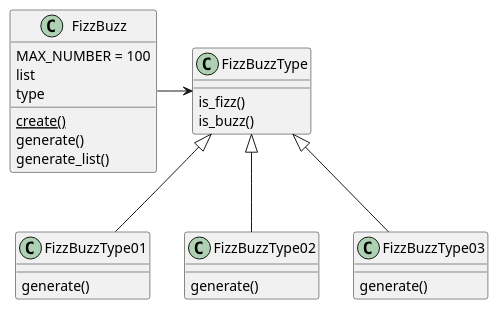
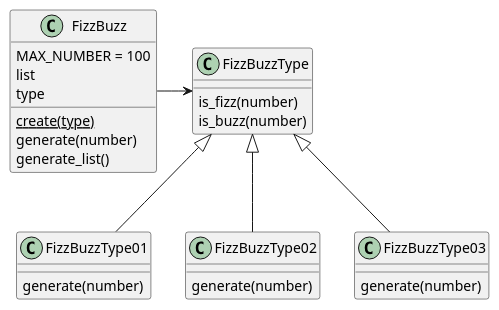
Before and after one commit to hiroshima-arc/tdd_rb: diagram 15 of 42 in docs/src/article/episode_3.adoc, drawn with PlantUML. The commit also changed other lines of this file and 17 other files, not shown here.

```diff
--- a/docs/src/article/episode_3.adoc
+++ b/docs/src/article/episode_3.adoc
@@ -2655,28 +2721,28 @@
 [plantuml]
 ----
 class FizzBuzz {
     MAX_NUMBER = 100
     list
     type
-    {static} create()
-    generate()
+    {static} create(type)
+    generate(number)
     generate_list()
 }
 class FizzBuzzType {
-  is_fizz()
-  is_buzz()
+  is_fizz(number)
+  is_buzz(number)
 }
 class FizzBuzzType01 {
-    generate()
+    generate(number)
 }
 class FizzBuzzType02 {
-    generate()
+    generate(number)
 }
 class FizzBuzzType03 {
-    generate()
+    generate(number)
 }
 FizzBuzzType <|-- FizzBuzzType01
 FizzBuzzType <|-- FizzBuzzType02
 FizzBuzzType <|-- FizzBuzzType03
 FizzBuzz -> FizzBuzzType
 ----
```
